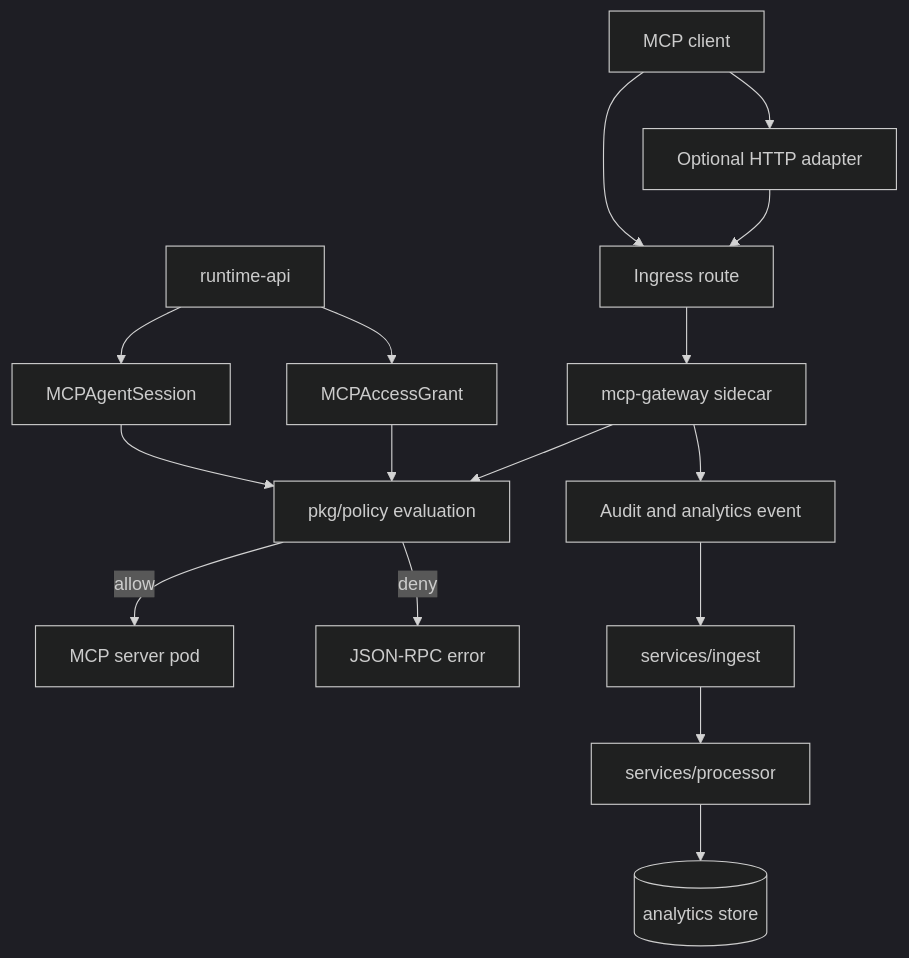
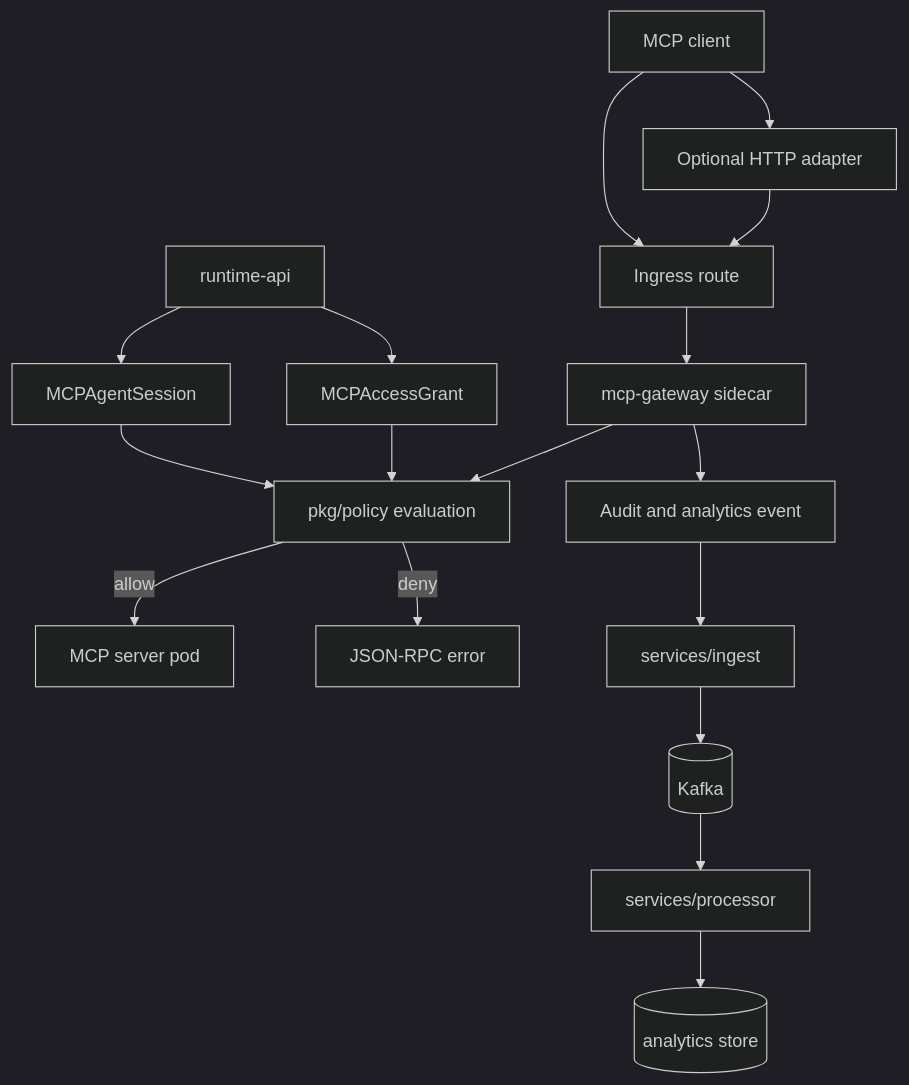
Before and after one commit to mcp-runtime/mcp-runtime: the third of 4 diagrams in docs/internals/README.md, drawn with Mermaid (dark theme). The commit also changed other lines of this file and 59 other files, not shown here.

````diff
--- a/docs/internals/README.md
+++ b/docs/internals/README.md
@@ -95,18 +111,19 @@
 ```mermaid
 flowchart TD
     Client[MCP client] --> Adapter[Optional HTTP adapter]
     Adapter --> Route[Ingress route]
     Client --> Route
     Route --> Gateway[mcp-gateway sidecar]
     Gateway --> Authz[pkg/policy evaluation]
     Authz -->|allow| Server[MCP server pod]
     Authz -->|deny| Deny[JSON-RPC error]
     Gateway --> Events[Audit and analytics event]
     Events --> Ingest[services/ingest]
-    Ingest --> Processor[services/processor]
+    Ingest --> Kafka[(Kafka)]
+    Kafka --> Processor[services/processor]
     Processor --> Analytics[(analytics store)]
     RuntimeAPI[runtime-api] --> Grants[MCPAccessGrant]
     RuntimeAPI --> Sessions[MCPAgentSession]
     Grants --> Authz
     Sessions --> Authz
 ```
````
